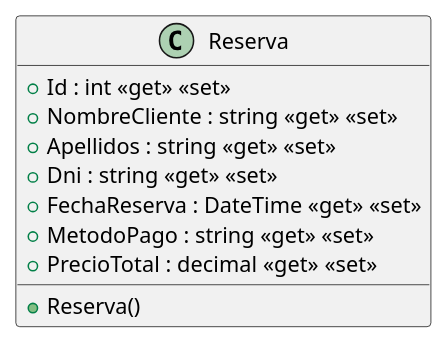
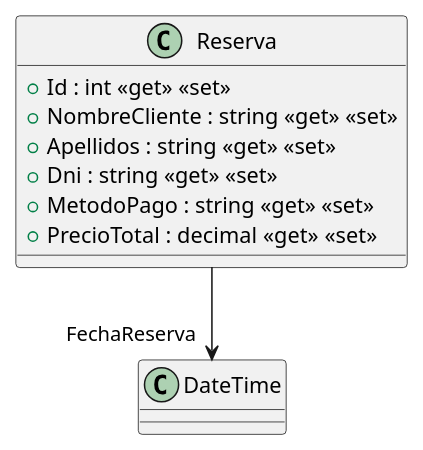
Before and after one commit to ISII2627LosIngenieros/ISII2627LosIngenieros: the diagram in src/AppForSEII.API/ClassDiagram/Reserva.puml, drawn with PlantUML. The commit also changed 17 other files, not shown here.

```diff
--- a/src/AppForSEII.API/ClassDiagram/Reserva.puml
+++ b/src/AppForSEII.API/ClassDiagram/Reserva.puml
@@ -1,12 +1,11 @@
 @startuml
 class Reserva {
-    + Reserva()
     + Id : int <<get>> <<set>>
     + NombreCliente : string <<get>> <<set>>
     + Apellidos : string <<get>> <<set>>
     + Dni : string <<get>> <<set>>
-    + FechaReserva : DateTime <<get>> <<set>>
     + MetodoPago : string <<get>> <<set>>
     + PrecioTotal : decimal <<get>> <<set>>
 }
+Reserva --> "FechaReserva" DateTime
 @enduml
```
